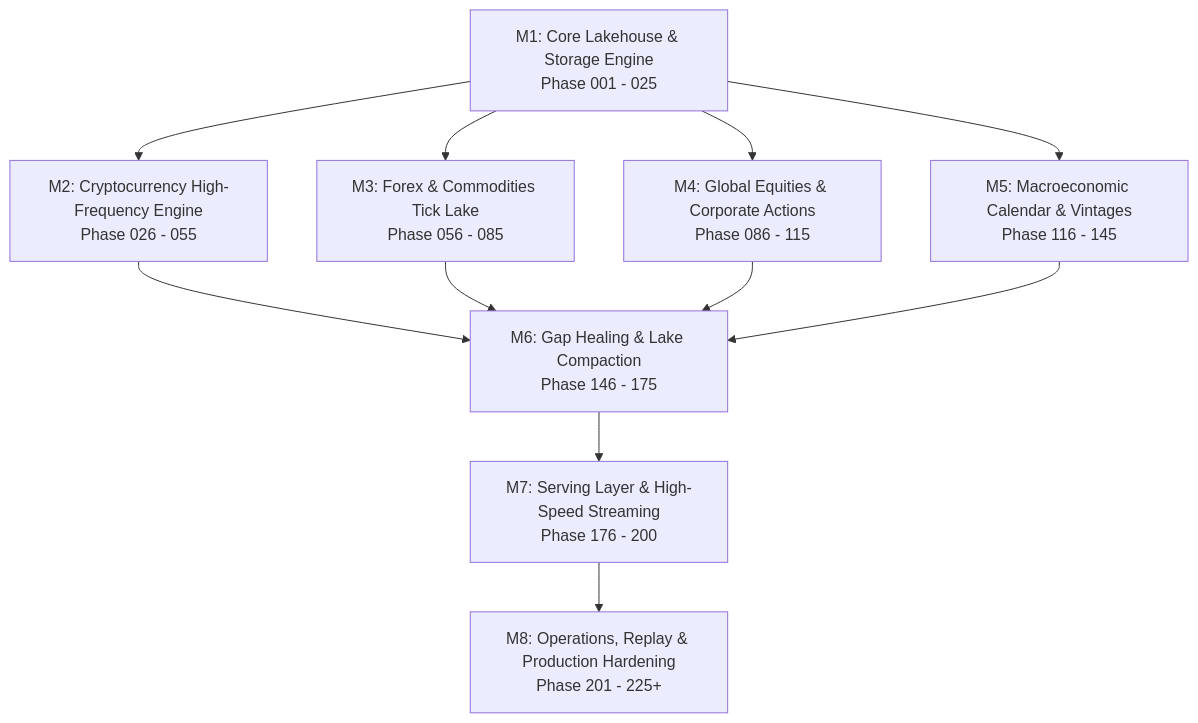
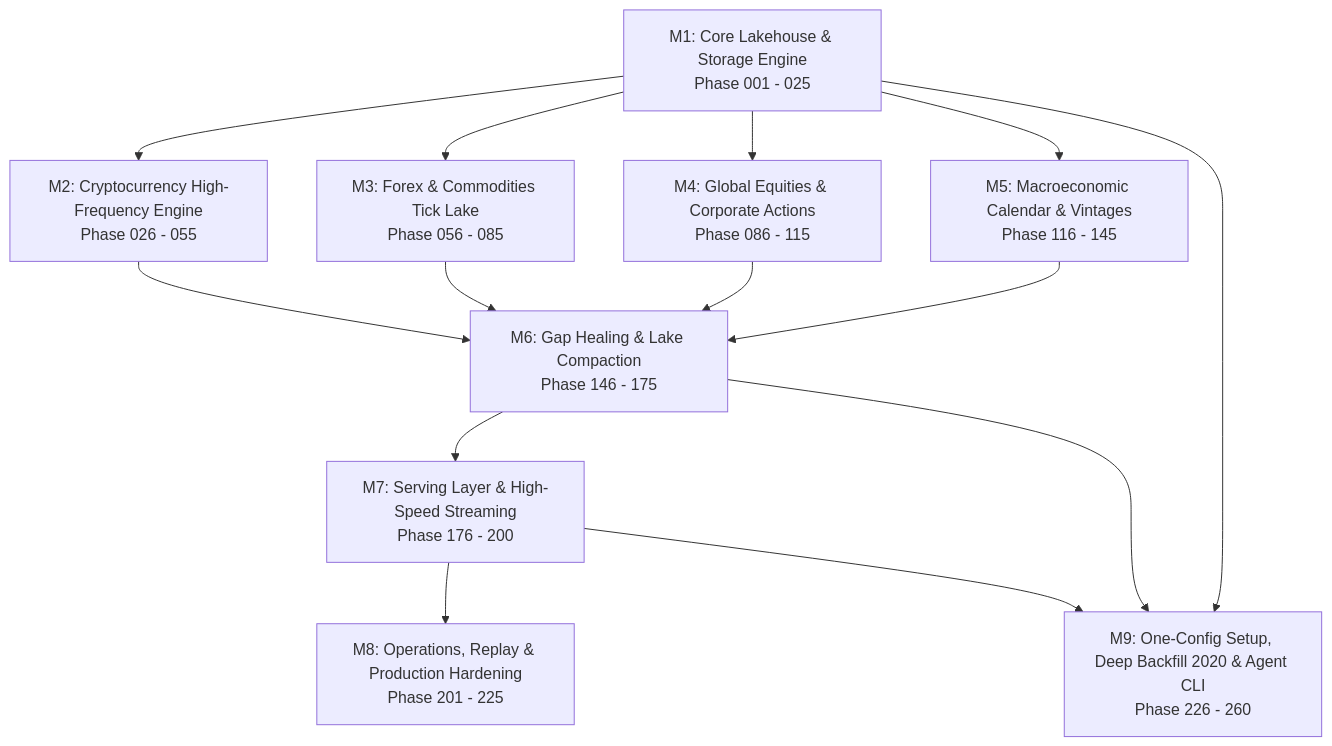
Before and after one commit to ihkaru/economy-aggregator: the diagram in docs/roadmap/ROADMAP.md, drawn with Mermaid. The commit also changed other lines of this file and 15 other files, not shown here.

First line of the commit message:
docs(roadmap): add Milestone 9 covering One-Config Setup, 2020 Deep Backfill, and Agent-First CLI

````diff
--- a/docs/roadmap/ROADMAP.md
+++ b/docs/roadmap/ROADMAP.md
@@ -13,10 +13,11 @@
 ```mermaid
 flowchart TD
     M1[M1: Core Lakehouse & Storage Engine<br/>Phase 001 - 025] --> M2[M2: Cryptocurrency High-Frequency Engine<br/>Phase 026 - 055]
     M1 --> M3[M3: Forex & Commodities Tick Lake<br/>Phase 056 - 085]
     M1 --> M4[M4: Global Equities & Corporate Actions<br/>Phase 086 - 115]
     M1 --> M5[M5: Macroeconomic Calendar & Vintages<br/>Phase 116 - 145]
     M2 & M3 & M4 & M5 --> M6[M6: Gap Healing & Lake Compaction<br/>Phase 146 - 175]
     M6 --> M7[M7: Serving Layer & High-Speed Streaming<br/>Phase 176 - 200]
-    M7 --> M8[M8: Operations, Replay & Production Hardening<br/>Phase 201 - 225+]
+    M7 --> M8[M8: Operations, Replay & Production Hardening<br/>Phase 201 - 225]
+    M1 & M6 & M7 --> M9[M9: One-Config Setup, Deep Backfill 2020 & Agent CLI<br/>Phase 226 - 260]
 ```
````
